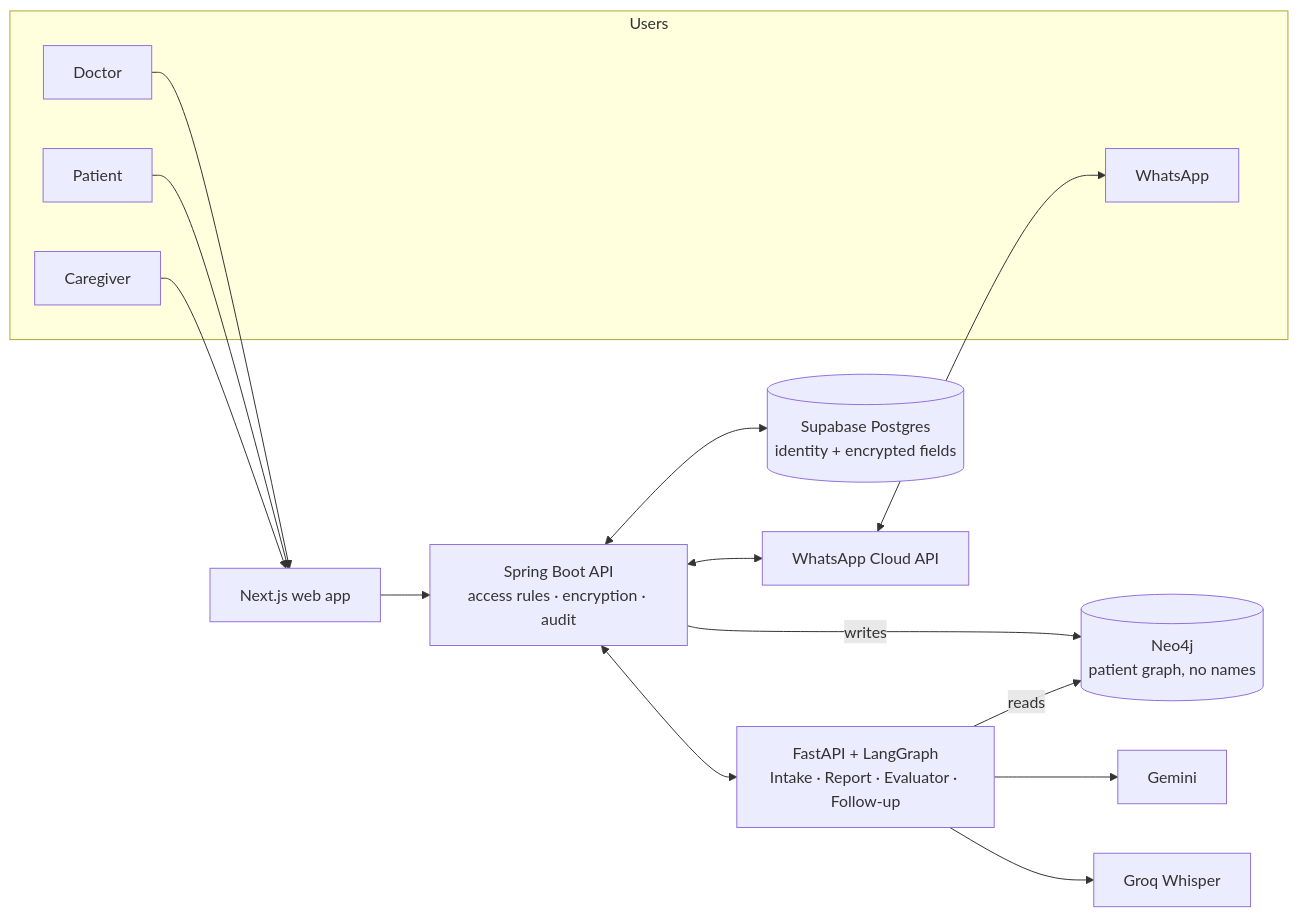
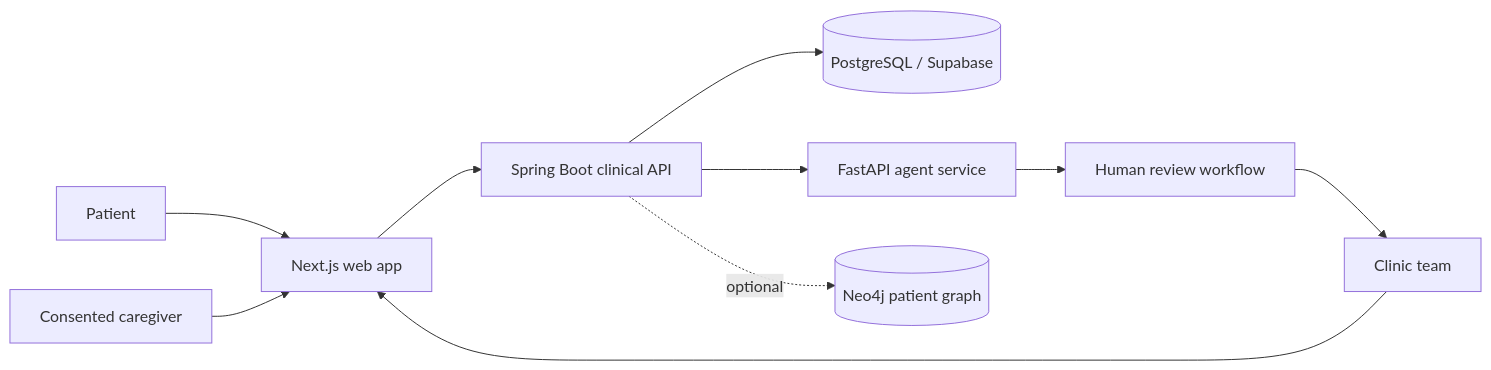
Before and after one commit to tanhongsheng050204-code/KHABAR-HEALTHCARE: the diagram in README.md, drawn with Mermaid. The commit also changed other lines of this file, not shown here.

````diff
--- a/README.md
+++ b/README.md
@@ -219,17 +81,12 @@
 ```mermaid
 flowchart LR
-  subgraph Users
-    D[Doctor]
-    P[Patient]
-    C[Caregiver]
-    WA[WhatsApp]
-  end
-  WEB[Next.js web app] --> API[Spring Boot API<br/>access rules · encryption · audit]
-  D & P & C --> WEB
-  API <--> PG[(Supabase Postgres<br/>identity + encrypted fields)]
-  API -- writes --> NEO[(Neo4j<br/>patient graph, no names)]
-  API <--> AG[FastAPI + LangGraph<br/>Intake · Report · Evaluator · Follow-up]
-  AG -- reads --> NEO
-  AG --> LLM[Gemini] & STT[Groq Whisper]
-  API <--> WAC[WhatsApp Cloud API] <--> WA
+    Patient[Patient] --> Web[Next.js web app]
+    Caregiver[Consented caregiver] --> Web
+    Clinic[Clinic team] --> Web
+    Web --> API[Spring Boot clinical API]
+    API --> DB[(PostgreSQL / Supabase)]
+    API --> Agents[FastAPI agent service]
+    API -. optional .-> Graph[(Neo4j patient graph)]
+    Agents --> Review[Human review workflow]
+    Review --> Clinic
 ```
````
